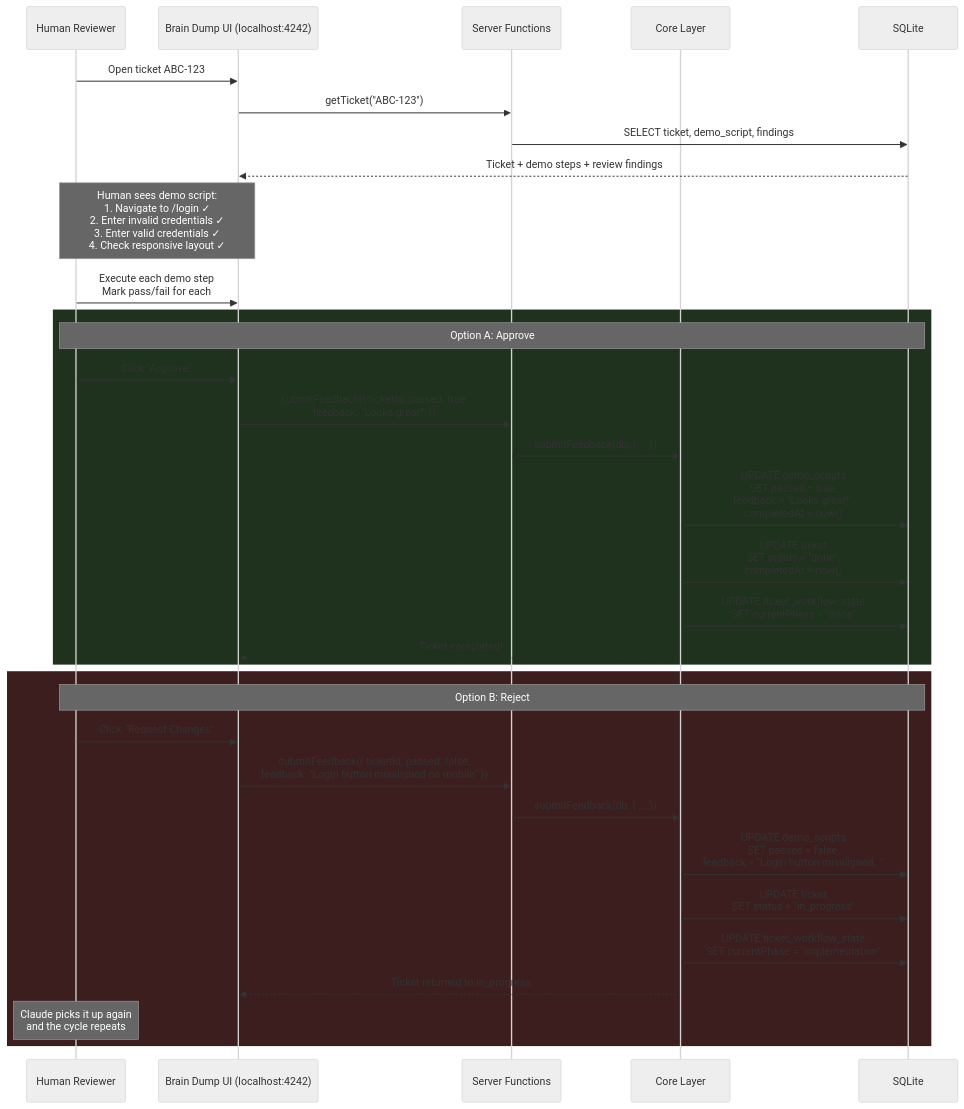
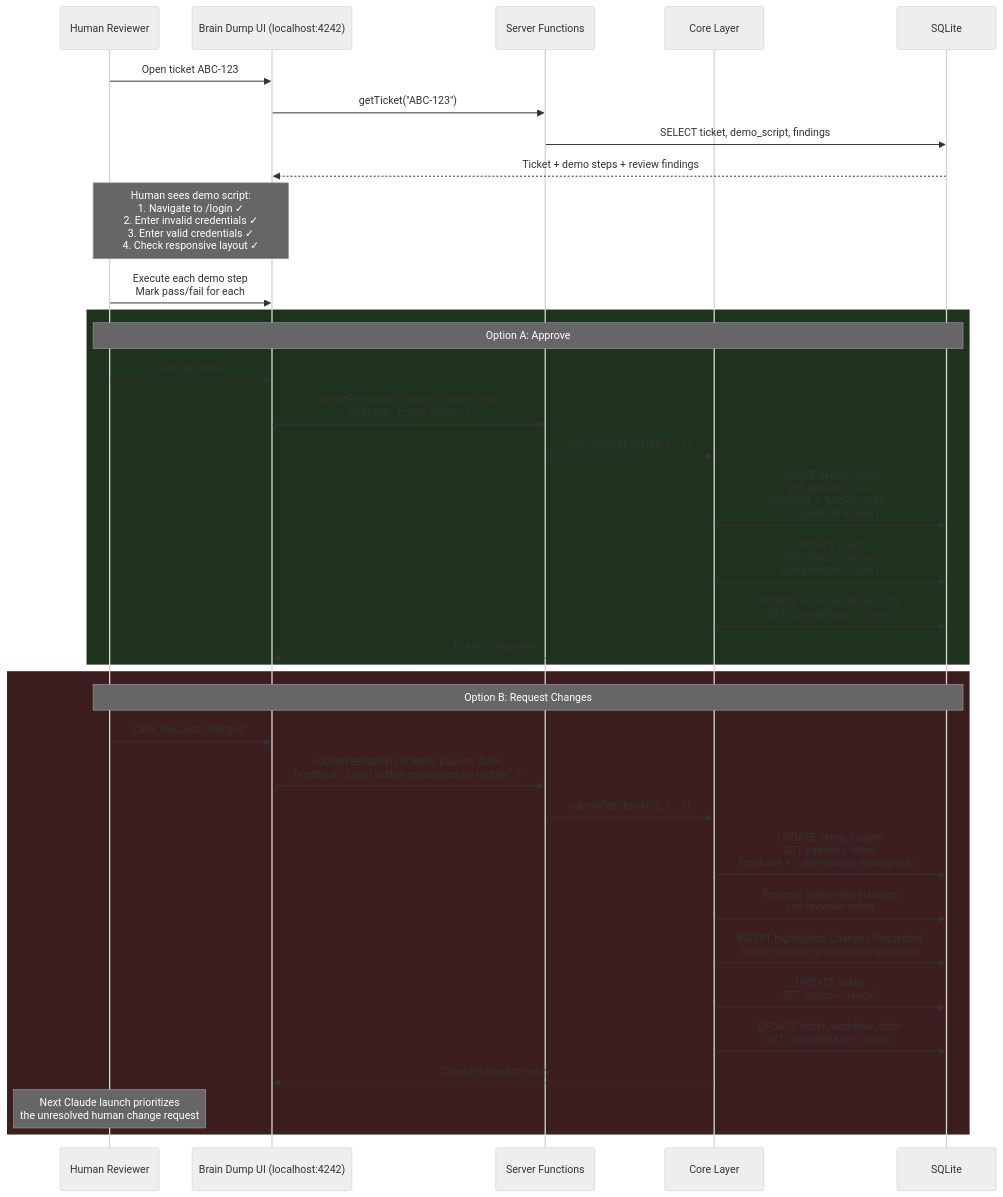
Before and after one commit to salmanrrana/brain-dump: diagram 11 of 15 in docs/claude-flow-ticket-lifecycle.md, drawn with Mermaid (neutral theme). The commit also changed other lines of this file and 30 other files, not shown here.

````diff
--- a/docs/claude-flow-ticket-lifecycle.md
+++ b/docs/claude-flow-ticket-lifecycle.md
@@ -506,40 +512,42 @@
 ```mermaid
 sequenceDiagram
     participant Human as Human Reviewer
     participant UI as Brain Dump UI (localhost:4242)
     participant SF as Server Functions
     participant Core as Core Layer
     participant DB as SQLite
 
     Human->>UI: Open ticket ABC-123
     UI->>SF: getTicket("ABC-123")
     SF->>DB: SELECT ticket, demo_script, findings
     DB-->>UI: Ticket + demo steps + review findings
 
     Note over Human,UI: Human sees demo script:<br/>1. Navigate to /login ✓<br/>2. Enter invalid credentials ✓<br/>3. Enter valid credentials ✓<br/>4. Check responsive layout ✓
 
     Human->>UI: Execute each demo step<br/>Mark pass/fail for each
 
     rect rgb(30, 50, 30)
         Note over Human,DB: Option A: Approve
         Human->>UI: Click "Approve"
         UI->>SF: submitFeedback({ ticketId, passed: true,<br/>feedback: "Looks great!" })
         SF->>Core: submitFeedback(db, { ... })
         Core->>DB: UPDATE demo_scripts<br/>SET passed = true,<br/>feedback = "Looks great!",<br/>completedAt = now()
         Core->>DB: UPDATE ticket<br/>SET status = "done",<br/>completedAt = now()
         Core->>DB: UPDATE ticket_workflow_state<br/>SET currentPhase = "done"
         Core-->>UI: Ticket completed!
     end
 
     rect rgb(60, 30, 30)
-        Note over Human,DB: Option B: Reject
+        Note over Human,DB: Option B: Request Changes
         Human->>UI: Click "Request Changes"
         UI->>SF: submitFeedback({ ticketId, passed: false,<br/>feedback: "Login button misaligned on mobile" })
         SF->>Core: submitFeedback(db, { ... })
         Core->>DB: UPDATE demo_scripts<br/>SET passed = false,<br/>feedback = "Login button misaligned..."
-        Core->>DB: UPDATE ticket<br/>SET status = "in_progress"
-        Core->>DB: UPDATE ticket_workflow_state<br/>SET currentPhase = "implementation"
-        Core-->>UI: Ticket returned to in_progress
-        Note over Human: Claude picks it up again<br/>and the cycle repeats
+        Core->>DB: Preserve failed step statuses<br/>and reviewer notes
+        Core->>DB: INSERT highlighted Changes Requested<br/>activity comment with demo snapshot
+        Core->>DB: UPDATE ticket<br/>SET status = "ready"
+        Core->>DB: UPDATE ticket_workflow_state<br/>SET currentPhase = "ready"
+        Core-->>UI: Ticket returned to ready
+        Note over Human: Next Claude launch prioritizes<br/>the unresolved human change request
     end
 ```
````
